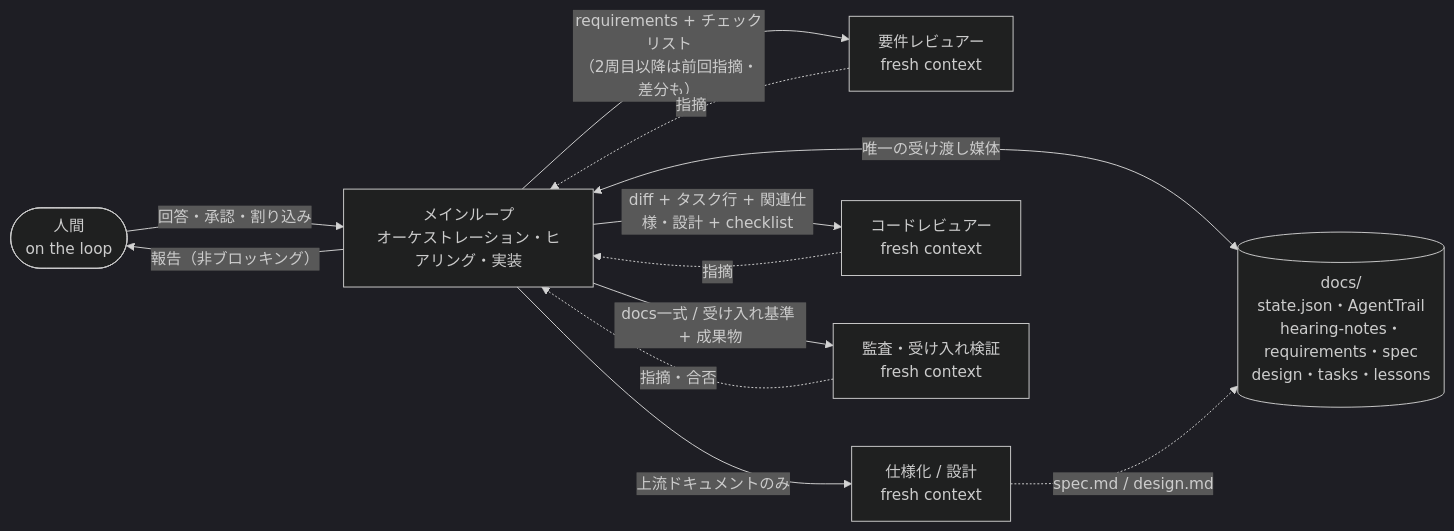
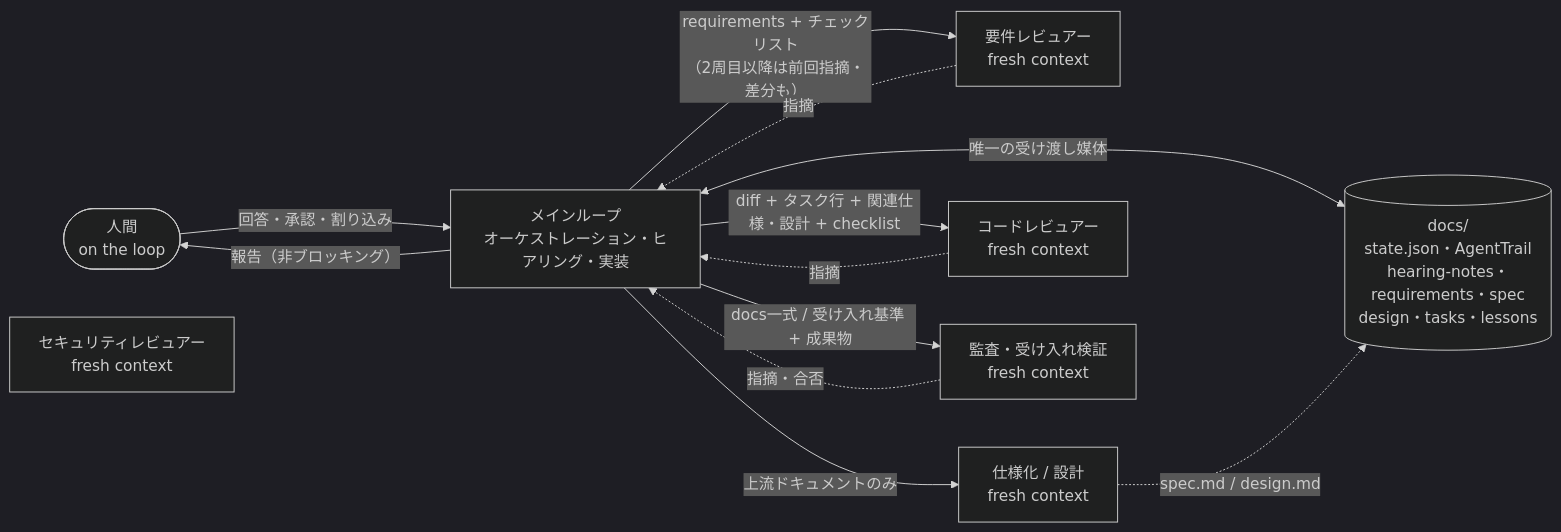
Before and after one commit to Harurow/human-on-the-loop: the second of 2 diagrams in README.md, drawn with Mermaid (dark theme). The commit also changed other lines of this file and 11 other files, not shown here.

````diff
--- a/README.md
+++ b/README.md
@@ -48,22 +48,23 @@
 ```mermaid
 flowchart LR
     H([人間<br/>on the loop])
     M[メインループ<br/>オーケストレーション・ヒアリング・実装]
     R[要件レビュアー<br/>fresh context]
     S[仕様化 / 設計<br/>fresh context]
     C[コードレビュアー<br/>fresh context]
+    SR[セキュリティレビュアー<br/>fresh context]
     V[監査・受け入れ検証<br/>fresh context]
     D[(docs/<br/>state.json・AgentTrail<br/>hearing-notes・requirements・spec<br/>design・tasks・lessons)]
 
     H -->|回答・承認・割り込み| M
     M -->|報告（非ブロッキング）| H
     M -->|requirements + チェックリスト<br/>（2周目以降は前回指摘・差分も）| R
     M -->|上流ドキュメントのみ| S
     M -->|diff + タスク行 + 関連仕様・設計 + checklist| C
     M -->|docs一式 / 受け入れ基準 + 成果物| V
     M <-->|唯一の受け渡し媒体| D
     R -.->|指摘| M
     S -.->|spec.md / design.md| D
     C -.->|指摘| M
     V -.->|指摘・合否| M
 ```
````
